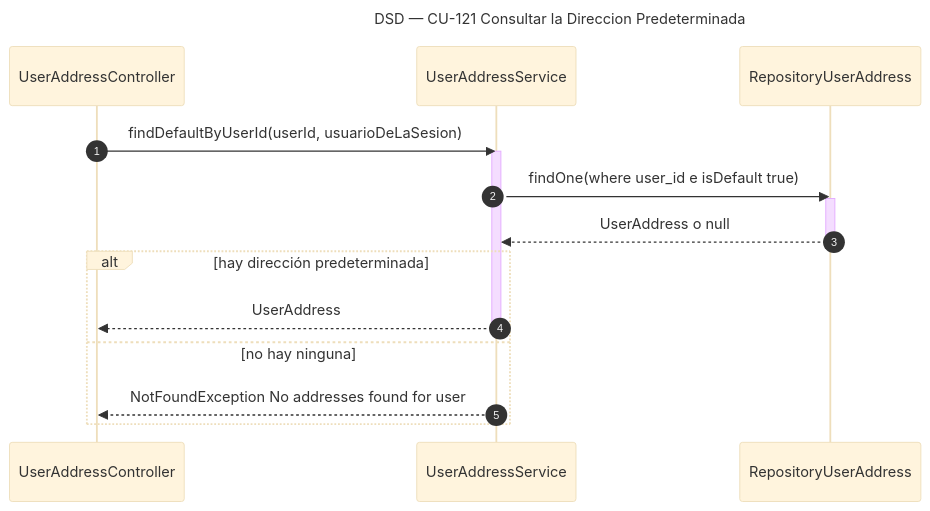
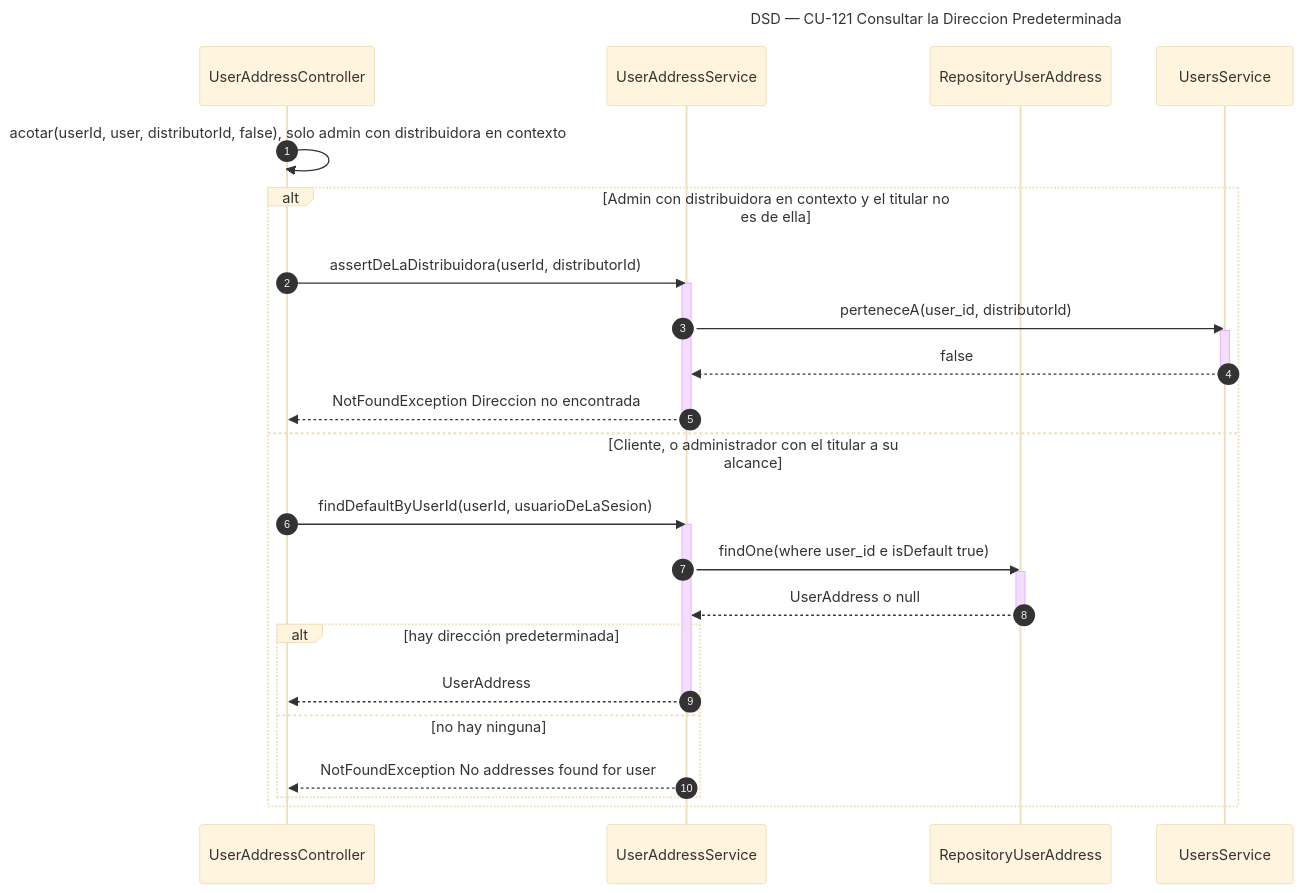
The diagram in diagramas/DSD_CU-121_Consultar-la-Direccion-Predeterminada.mmd (Nahuelito-Dev/splg-docs), drawn with Mermaid (base theme) before and after one commit. The commit also changed 49 other files, not shown here.

```diff
--- a/diagramas/DSD_CU-121_Consultar-la-Direccion-Predeterminada.mmd
+++ b/diagramas/DSD_CU-121_Consultar-la-Direccion-Predeterminada.mmd
@@ -1,19 +1,32 @@
 sequenceDiagram
     title DSD — CU-121 Consultar la Direccion Predeterminada
     autonumber
     participant CTRL as UserAddressController
     participant SRV as UserAddressService
     participant AREP as RepositoryUserAddress
+    participant USRV as UsersService
 
-    CTRL->>SRV: findDefaultByUserId(userId, usuarioDeLaSesion)
-    activate SRV
-    SRV->>AREP: findOne(where user_id e isDefault true)
-    activate AREP
-    AREP-->>SRV: UserAddress o null
-    deactivate AREP
-    alt hay dirección predeterminada
-        SRV-->>CTRL: UserAddress
+    CTRL->>CTRL: acotar(userId, user, distributorId, false), solo admin con distribuidora en contexto
+    alt Admin con distribuidora en contexto y el titular no es de ella
+        CTRL->>SRV: assertDeLaDistribuidora(userId, distributorId)
+        activate SRV
+        SRV->>USRV: perteneceA(user_id, distributorId)
+        activate USRV
+        USRV-->>SRV: false
+        deactivate USRV
+        SRV-->>CTRL: NotFoundException Direccion no encontrada
         deactivate SRV
-    else no hay ninguna
-        SRV-->>CTRL: NotFoundException No addresses found for user
+    else Cliente, o administrador con el titular a su alcance
+        CTRL->>SRV: findDefaultByUserId(userId, usuarioDeLaSesion)
+        activate SRV
+        SRV->>AREP: findOne(where user_id e isDefault true)
+        activate AREP
+        AREP-->>SRV: UserAddress o null
+        deactivate AREP
+        alt hay dirección predeterminada
+            SRV-->>CTRL: UserAddress
+            deactivate SRV
+        else no hay ninguna
+            SRV-->>CTRL: NotFoundException No addresses found for user
+        end
     end
```
